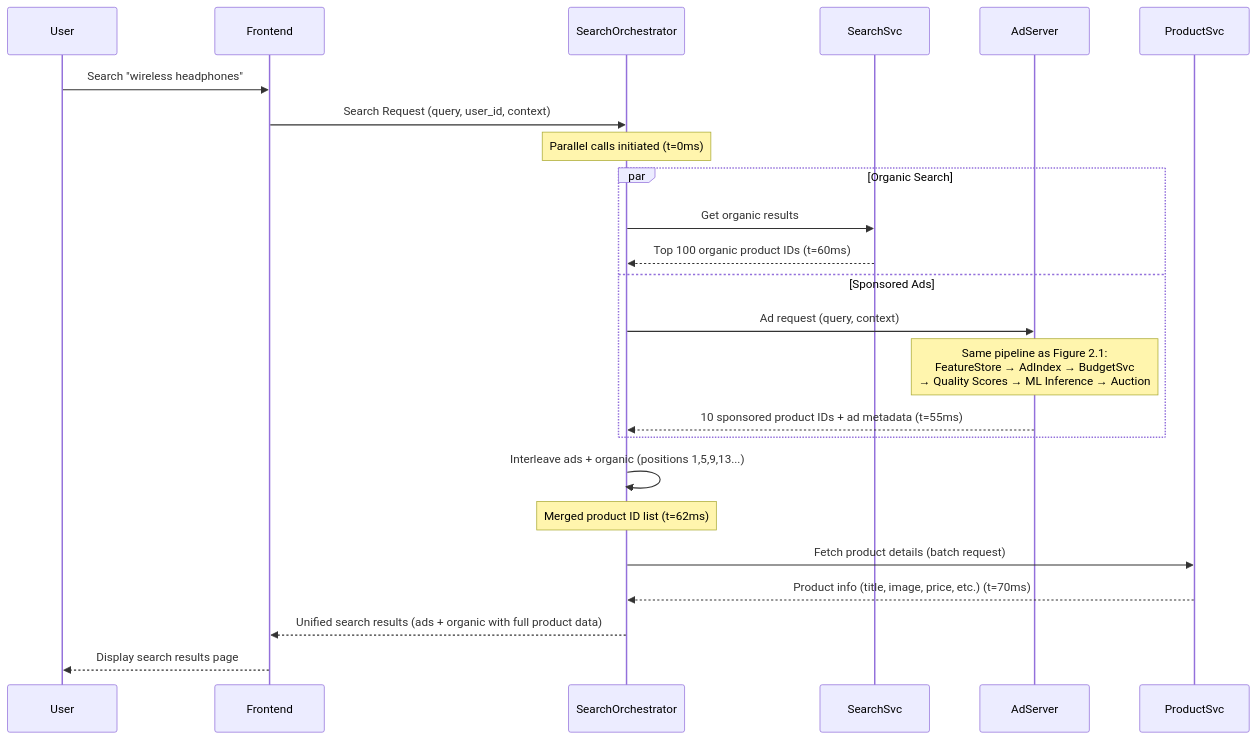
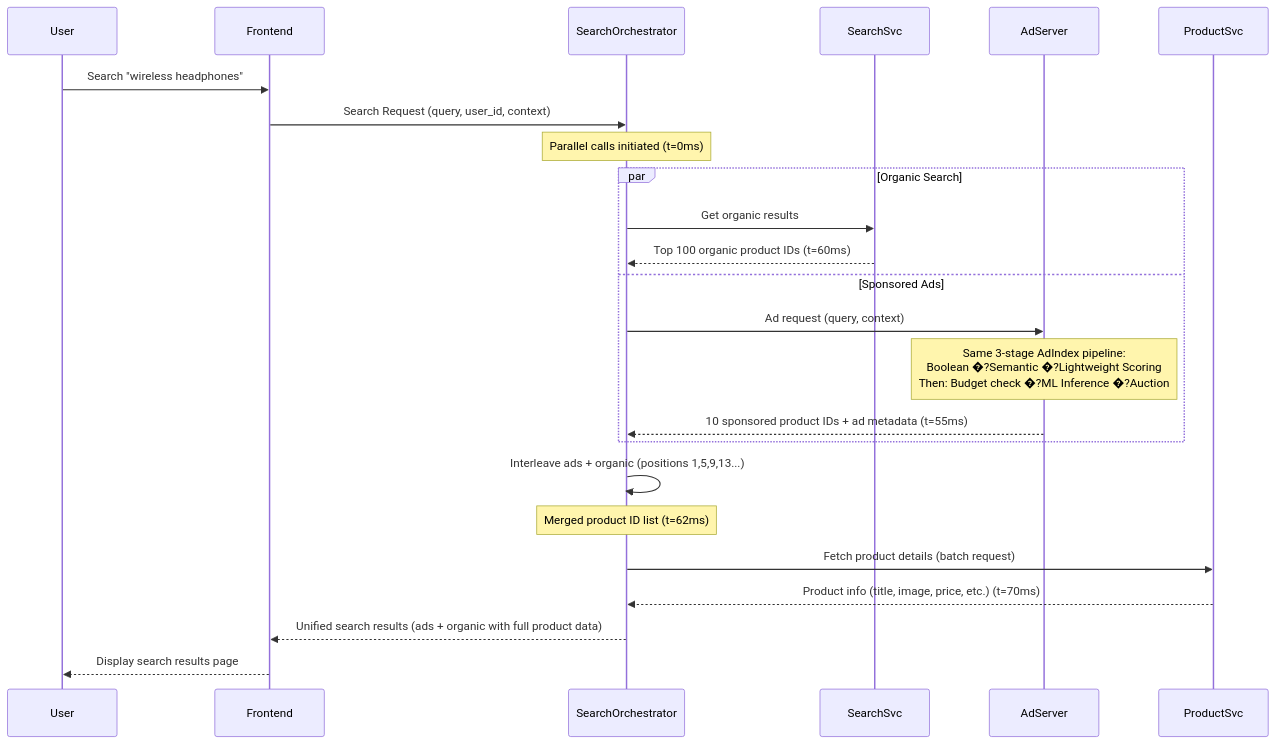
One commit to thunderbird2009/book_rmn changed the second of 2 diagrams in ch2_ad_serving_architecture.md. Above: the diagram before and after it, drawn with Mermaid. The commit also changed other lines of this file and 1 other file, not shown here.

````diff
--- a/ch2_ad_serving_architecture.md
+++ b/ch2_ad_serving_architecture.md
@@ -118,32 +118,32 @@
 ```mermaid
 sequenceDiagram
     participant User
     participant Frontend
     participant SearchOrchestrator
     participant SearchSvc
     participant AdServer
     participant ProductSvc
 
     User->>Frontend: Search "wireless headphones"
     Frontend->>SearchOrchestrator: Search Request (query, user_id, context)
     
     Note over SearchOrchestrator: Parallel calls initiated (t=0ms)
     
     par Organic Search
         SearchOrchestrator->>SearchSvc: Get organic results
         SearchSvc-->>SearchOrchestrator: Top 100 organic product IDs (t=60ms)
     and Sponsored Ads
         SearchOrchestrator->>AdServer: Ad request (query, context)
-        Note over AdServer: Same pipeline as Figure 2.1:<br/>FeatureStore → AdIndex → BudgetSvc<br/>→ Quality Scores → ML Inference → Auction
+        Note over AdServer: Same 3-stage AdIndex pipeline:<br/>Boolean �?Semantic �?Lightweight Scoring<br/>Then: Budget check �?ML Inference �?Auction
         AdServer-->>SearchOrchestrator: 10 sponsored product IDs + ad metadata (t=55ms)
     end
     
     SearchOrchestrator->>SearchOrchestrator: Interleave ads + organic (positions 1,5,9,13...)
     Note over SearchOrchestrator: Merged product ID list (t=62ms)
     
     SearchOrchestrator->>ProductSvc: Fetch product details (batch request)
     ProductSvc-->>SearchOrchestrator: Product info (title, image, price, etc.) (t=70ms)
     
     SearchOrchestrator-->>Frontend: Unified search results (ads + organic with full product data)
     Frontend-->>User: Display search results page
 ```
````
